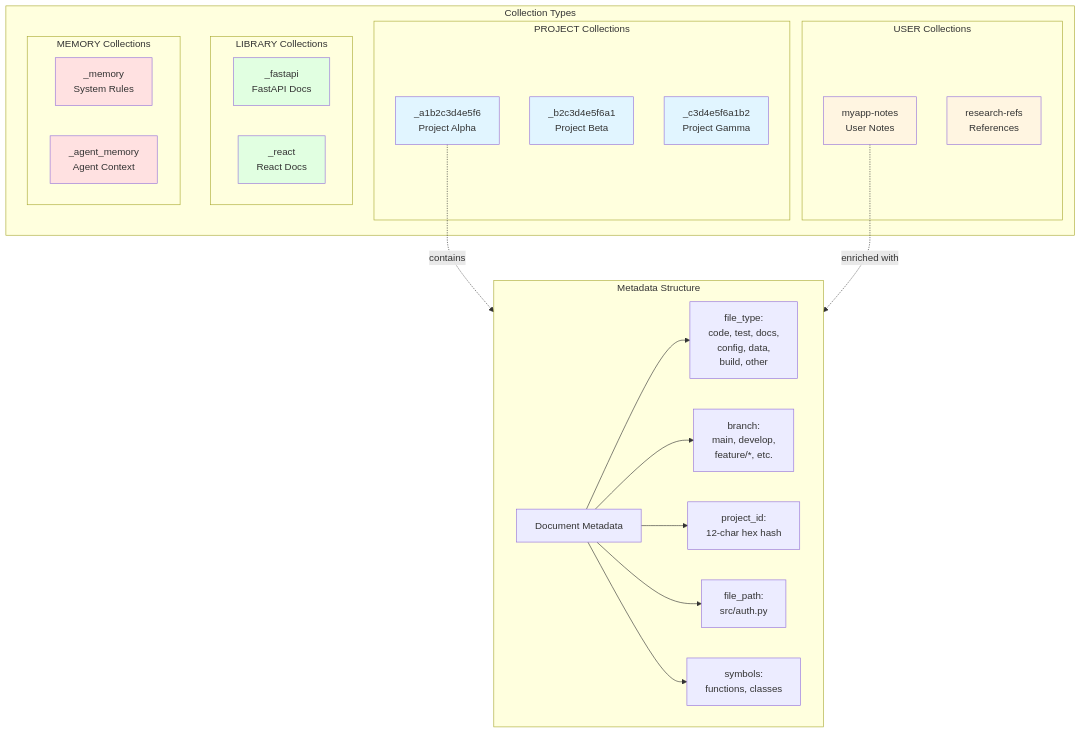
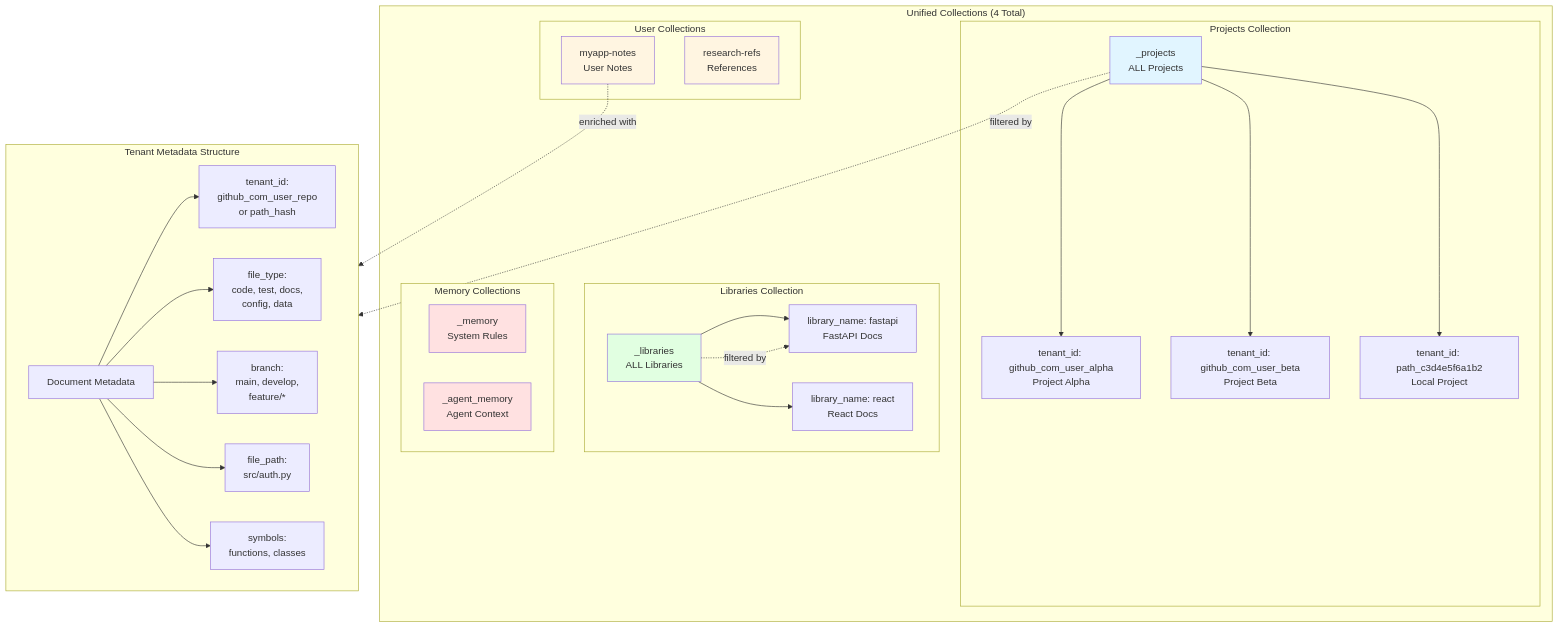
Before and after one commit to ChrisGVE/workspace-qdrant-mcp: the sixth of 11 diagrams in docs/ARCHITECTURE.md, drawn with Mermaid. The commit also changed other lines of this file, not shown here.

````diff
--- a/docs/ARCHITECTURE.md
+++ b/docs/ARCHITECTURE.md
@@ -361,49 +361,49 @@
 ```mermaid
 graph TB
-    subgraph "Collection Types"
-        subgraph "PROJECT Collections"
-            P1[_a1b2c3d4e5f6<br/>Project Alpha]
-            P2[_b2c3d4e5f6a1<br/>Project Beta]
-            P3[_c3d4e5f6a1b2<br/>Project Gamma]
+    subgraph "Unified Collections (4 Total)"
+        subgraph "Projects Collection"
+            P[_projects<br/>ALL Projects]
+            P --> PT1[tenant_id: github_com_user_alpha<br/>Project Alpha]
+            P --> PT2[tenant_id: github_com_user_beta<br/>Project Beta]
+            P --> PT3[tenant_id: path_c3d4e5f6a1b2<br/>Local Project]
         end
 
-        subgraph "USER Collections"
+        subgraph "Libraries Collection"
+            L[_libraries<br/>ALL Libraries]
+            L --> LT1[library_name: fastapi<br/>FastAPI Docs]
+            L --> LT2[library_name: react<br/>React Docs]
+        end
+
+        subgraph "User Collections"
             U1[myapp-notes<br/>User Notes]
             U2[research-refs<br/>References]
         end
 
-        subgraph "LIBRARY Collections"
-            L1[_fastapi<br/>FastAPI Docs]
-            L2[_react<br/>React Docs]
-        end
-
-        subgraph "MEMORY Collections"
+        subgraph "Memory Collections"
             M1[_memory<br/>System Rules]
             M2[_agent_memory<br/>Agent Context]
         end
     end
 
-    subgraph "Metadata Structure"
+    subgraph "Tenant Metadata Structure"
         direction LR
         Meta[Document Metadata]
 
-        Meta --> FT[file_type:<br/>code, test, docs,<br/>config, data,<br/>build, other]
-        Meta --> BR[branch:<br/>main, develop,<br/>feature/*, etc.]
-        Meta --> PID[project_id:<br/>12-char hex hash]
+        Meta --> TID[tenant_id:<br/>github_com_user_repo<br/>or path_hash]
+        Meta --> FT[file_type:<br/>code, test, docs,<br/>config, data]
+        Meta --> BR[branch:<br/>main, develop,<br/>feature/*]
         Meta --> FP[file_path:<br/>src/auth.py]
         Meta --> SYM[symbols:<br/>functions, classes]
     end
 
-    P1 -.->|contains| Meta
-    U1 -.->|enriched with| PID
+    P -.->|filtered by| TID
+    L -.->|filtered by| LT1
+    U1 -.->|enriched with| TID
 
-    style P1 fill:#e1f5ff
-    style P2 fill:#e1f5ff
-    style P3 fill:#e1f5ff
+    style P fill:#e1f5ff
+    style L fill:#e1ffe1
     style U1 fill:#fff5e1
     style U2 fill:#fff5e1
-    style L1 fill:#e1ffe1
-    style L2 fill:#e1ffe1
     style M1 fill:#ffe1e1
     style M2 fill:#ffe1e1
 ```
````
